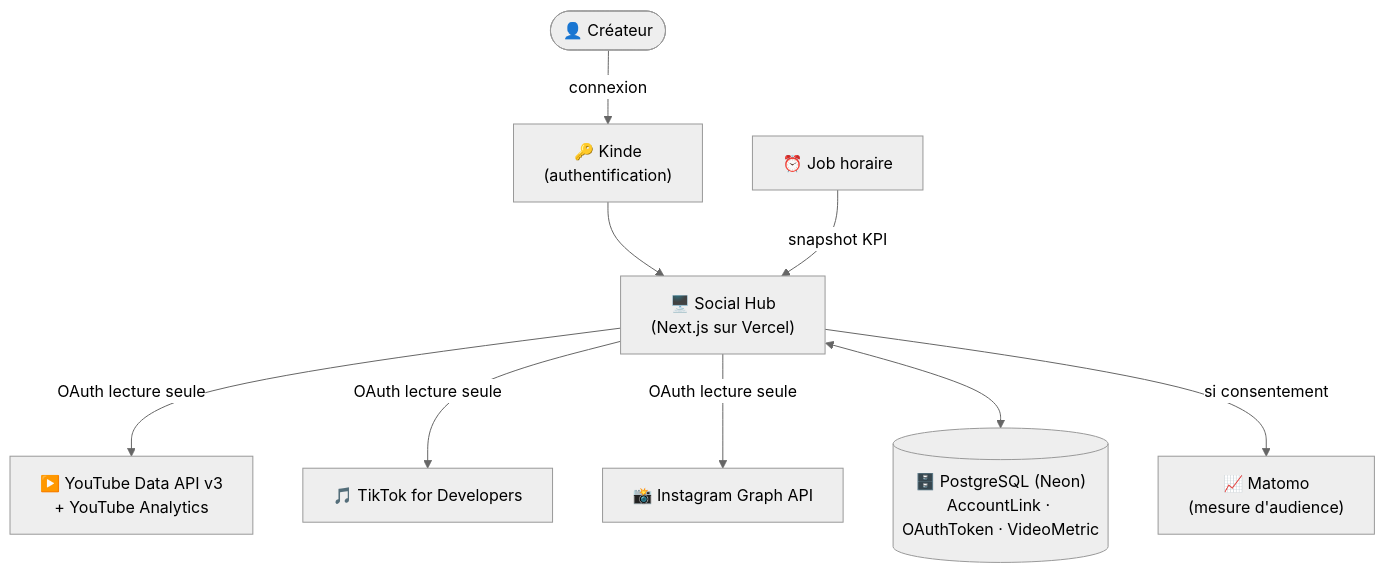
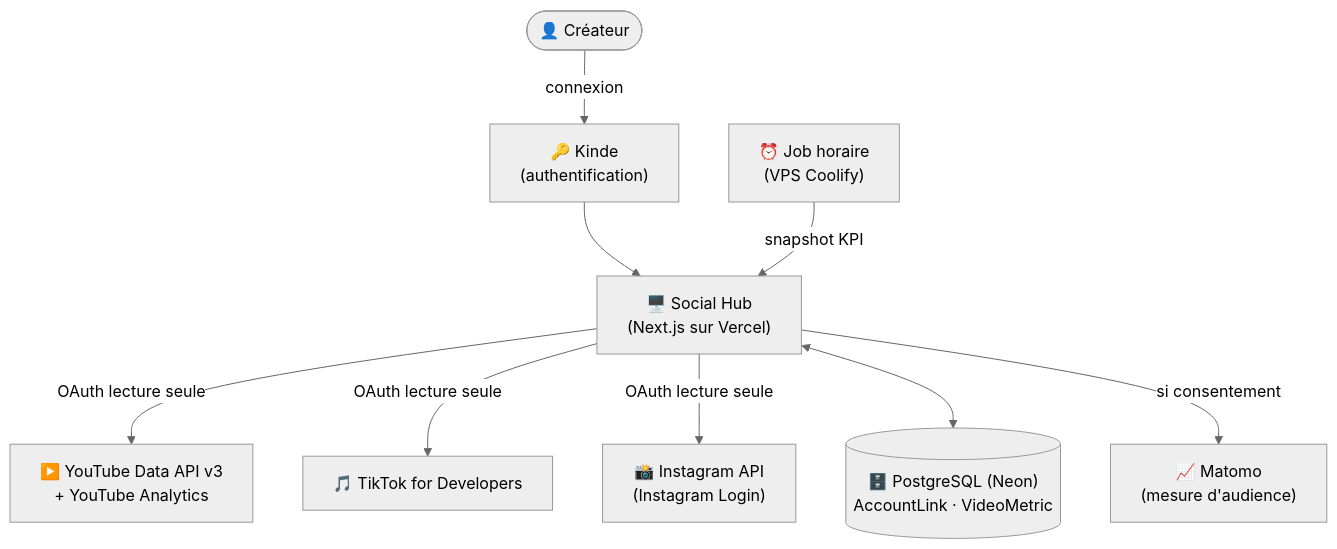
The diagram in 03-architecture.md (Paullux/SocialHubDashboard), drawn with Mermaid (neutral theme) before and after one commit. The commit also changed other lines of this file and 6 other files, not shown here.

````diff
--- a/03-architecture.md
+++ b/03-architecture.md
@@ -37,15 +38,15 @@
 ```mermaid
 flowchart TD
     User(["👤 Créateur"]) -->|connexion| Kinde["🔑 Kinde\n(authentification)"]
     Kinde --> App["🖥️ Social Hub\n(Next.js sur Vercel)"]
 
     App -->|OAuth lecture seule| YT["▶️ YouTube Data API v3\n+ YouTube Analytics"]
     App -->|OAuth lecture seule| TT["🎵 TikTok for Developers"]
-    App -->|OAuth lecture seule| IG["📸 Instagram Graph API"]
+    App -->|OAuth lecture seule| IG["📸 Instagram API\n(Instagram Login)"]
 
-    App <--> DB[("🗄️ PostgreSQL (Neon)\nAccountLink · OAuthToken · VideoMetric")]
+    App <--> DB[("🗄️ PostgreSQL (Neon)\nAccountLink · VideoMetric")]
 
-    Cron["⏰ Job horaire"] -->|snapshot KPI| App
+    Cron["⏰ Job horaire\n(VPS Coolify)"] -->|snapshot KPI| App
 
     App -->|si consentement| Matomo["📈 Matomo\n(mesure d'audience)"]
 ```
````
